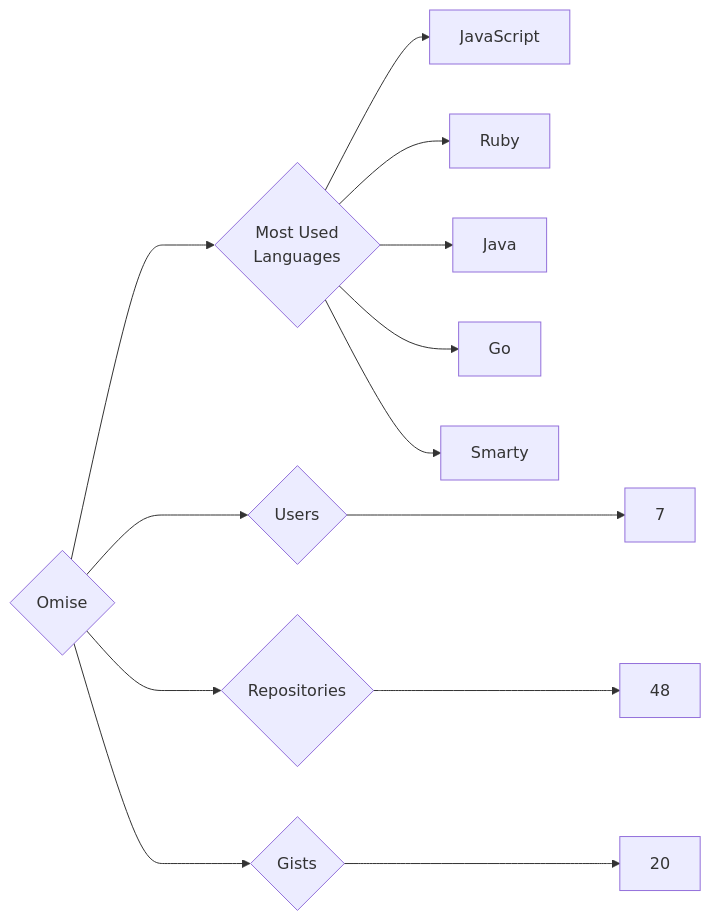
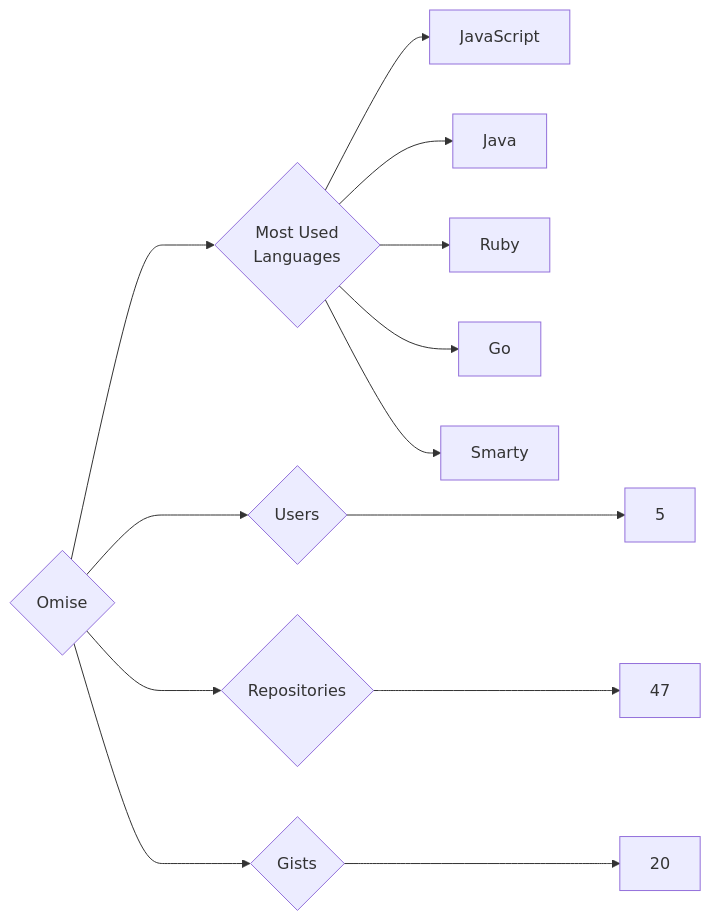
Before and after one commit to trickest/insiders: the diagram in targets/Omise/README.md, drawn with Mermaid. The commit also changed 928 other files, not shown here.

````diff
--- a/targets/Omise/README.md
+++ b/targets/Omise/README.md
@@ -3,13 +3,13 @@
 ```mermaid
 graph LR
 COMPANY_NAME{Omise}
-COMPANY_NAME ---> U{Users} ---> UN[7]
-COMPANY_NAME ---> R{Repositories} ---> RN[48]
+COMPANY_NAME ---> U{Users} ---> UN[5]
+COMPANY_NAME ---> R{Repositories} ---> RN[47]
 COMPANY_NAME ---> G{Gists} ---> GN[20]
 COMPANY_NAME ---> ML{Most Used<br>Languages}
 ML --> JavaScript[JavaScript]
+ML --> Java[Java]
 ML --> Ruby[Ruby]
-ML --> Java[Java]
 ML --> Go[Go]
 ML --> Smarty[Smarty]
 ```
````
